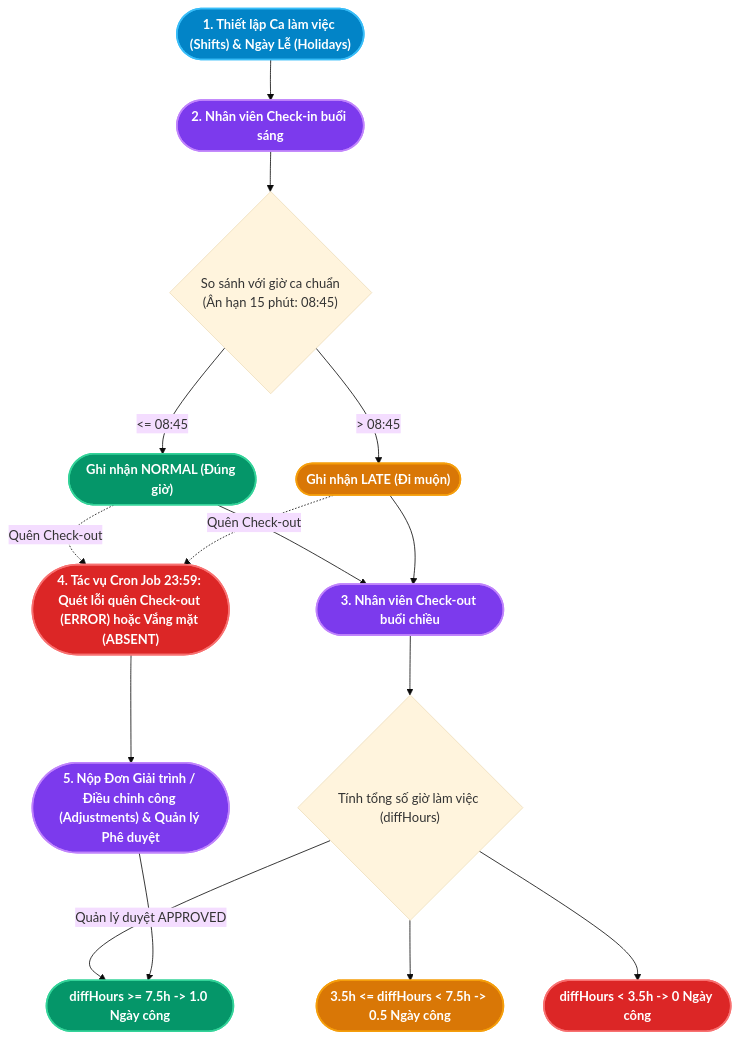
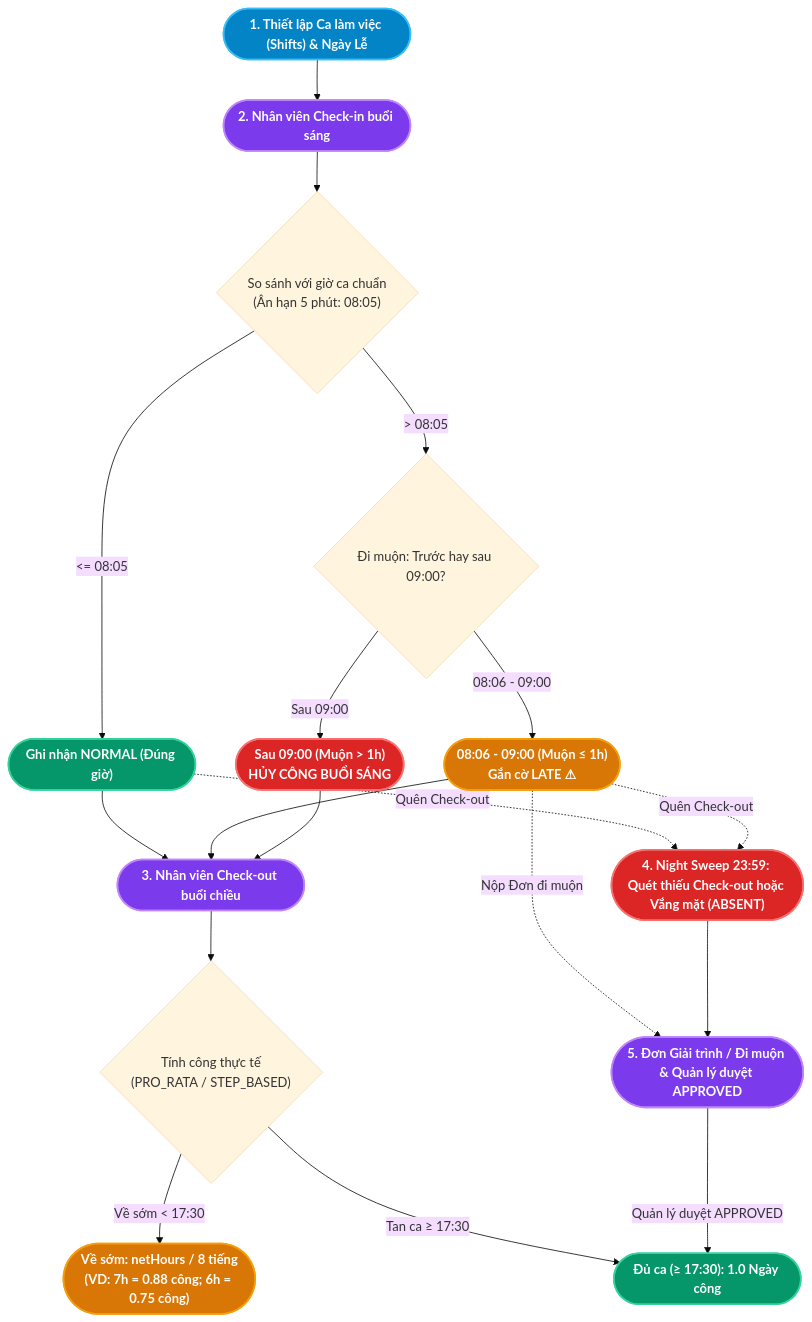
One commit to aye2710/HRM-DATN changed the diagram in docs/Tài liệu phân tích nghiệp vụ từng module/Module Chấm công/Module Chấm công.md. Above: the diagram before and after it, drawn with Mermaid (base theme). The commit also changed other lines of this file and 72 other files, not shown here.

````diff
--- a/docs/Tài liệu phân tích nghiệp vụ từng module/Module Chấm công/Module Chấm công.md
+++ b/docs/Tài liệu phân tích nghiệp vụ từng module/Module Chấm công/Module Chấm công.md
@@ -20,36 +20,40 @@
 ```mermaid
 flowchart TD
     classDef startEnd fill:#0284c7,stroke:#38bdf8,stroke-width:2px,color:#ffffff,font-weight:bold;
     classDef process fill:#7c3aed,stroke:#c084fc,stroke-width:2px,color:#ffffff,font-weight:bold;
     classDef success fill:#059669,stroke:#34d399,stroke-width:2px,color:#ffffff,font-weight:bold;
     classDef warning fill:#d97706,stroke:#f59e0b,stroke-width:2px,color:#ffffff,font-weight:bold;
     classDef reject fill:#dc2626,stroke:#f87171,stroke-width:2px,color:#ffffff,font-weight:bold;
 
-    A(["1. Thiết lập Ca làm việc (Shifts) & Ngày Lễ (Holidays)"]):::startEnd
+    A(["1. Thiết lập Ca làm việc (Shifts) & Ngày Lễ"]):::startEnd
     B(["2. Nhân viên Check-in buổi sáng"]):::process
-    C{"So sánh với giờ ca chuẩn<br/>(Ân hạn 15 phút: 08:45)"}
+    C{"So sánh với giờ ca chuẩn<br/>(Ân hạn 5 phút: 08:05)"}
     D(["Ghi nhận NORMAL (Đúng giờ)"]):::success
-    E(["Ghi nhận LATE (Đi muộn)"]):::warning
+    E{"Đi muộn: Trước hay sau 09:00?"}
+    E1(["08:06 - 09:00 (Muộn ≤ 1h)<br/>Gắn cờ LATE ⚠"]):::warning
+    E2(["Sau 09:00 (Muộn > 1h)<br/>HỦY CÔNG BUỔI SÁNG"]):::reject
     F(["3. Nhân viên Check-out buổi chiều"]):::process
-    G{"Tính tổng số giờ làm việc (diffHours)"}
-    H(["diffHours >= 7.5h -> 1.0 Ngày công"]):::success
-    I(["3.5h <= diffHours < 7.5h -> 0.5 Ngày công"]):::warning
-    J(["diffHours < 3.5h -> 0 Ngày công"]):::reject
-    K(["4. Tác vụ Cron Job 23:59: Quét lỗi quên Check-out (ERROR) hoặc Vắng mặt (ABSENT)"]):::reject
-    L(["5. Nộp Đơn Giải trình / Điều chỉnh công (Adjustments) & Quản lý Phê duyệt"]):::process
+    G{"Tính công thực tế<br/>(PRO_RATA / STEP_BASED)"}
+    H(["Về sớm: netHours / 8 tiếng<br/>(VD: 7h = 0.88 công; 6h = 0.75 công)"]):::warning
+    I(["Đủ ca (≥ 17:30): 1.0 Ngày công"]):::success
+    K(["4. Night Sweep 23:59: Quét thiếu Check-out hoặc Vắng mặt (ABSENT)"]):::reject
+    L(["5. Đơn Giải trình / Đi muộn & Quản lý duyệt APPROVED"]):::process
 
     A --> B
     B --> C
-    C -- "<= 08:45" --> D
-    C -- "> 08:45" --> E
+    C -- "<= 08:05" --> D
+    C -- "> 08:05" --> E
+    E -- "08:06 - 09:00" --> E1
+    E -- "Sau 09:00" --> E2
     D --> F
-    E --> F
+    E1 --> F
+    E2 --> F
     F --> G
-    G --> H
-    G --> I
-    G --> J
+    G -- "Về sớm < 17:30" --> H
+    G -- "Tan ca ≥ 17:30" --> I
+    E1 -.->|Nộp Đơn đi muộn| L
+    L -->|Quản lý duyệt APPROVED| I
     D -.->|Quên Check-out| K
-    E -.->|Quên Check-out| K
+    E1 -.->|Quên Check-out| K
     K --> L
-    L -->|Quản lý duyệt APPROVED| H
 ```
````
